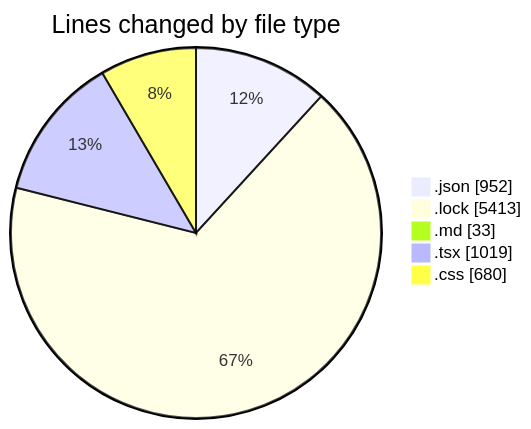
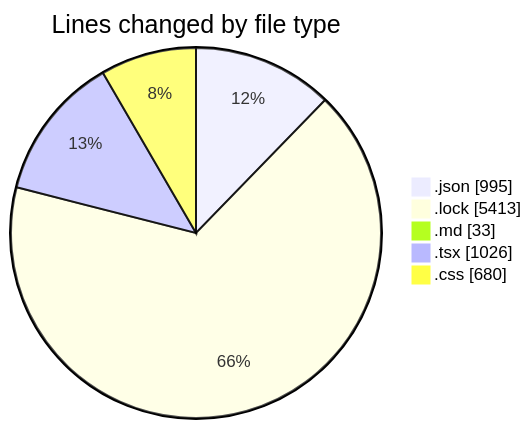
Before and after one commit to EIIisD/code-tracking: the first of 2 diagrams in 2025-08-11/ribbon/README.md, drawn with Mermaid. The commit also changed other lines of this file and 1 other file, not shown here.

````diff
--- a/2025-08-11/ribbon/README.md
+++ b/2025-08-11/ribbon/README.md
@@ -37,9 +38,9 @@
 ```mermaid
 pie showData
 title Lines changed by file type
-".json" : 952
+".json" : 995
 ".lock" : 5413
 ".md" : 33
-".tsx" : 1019
+".tsx" : 1026
 ".css" : 680
 ```
````
